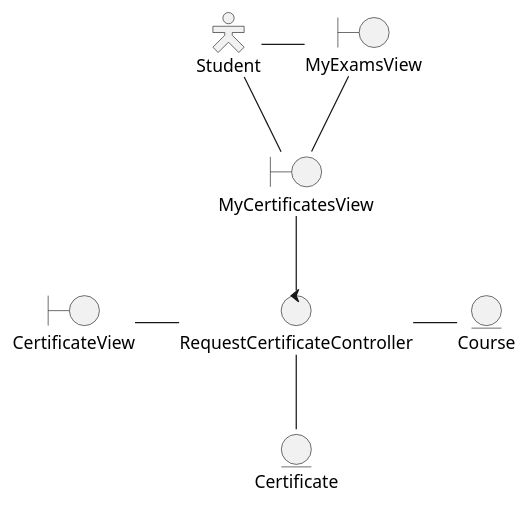
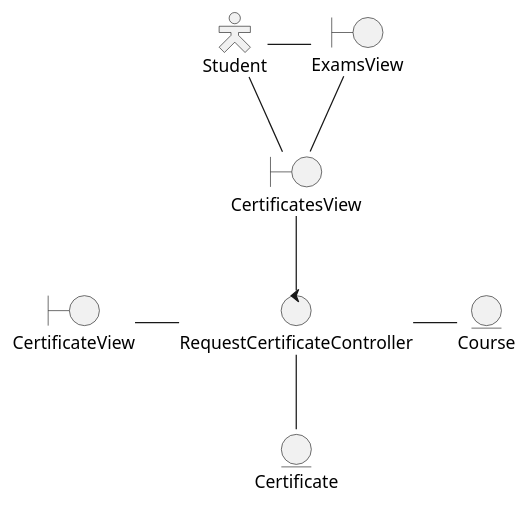
One commit to TheSProyect/Proyecto-IS-Grupo-1 changed the diagram in docs/logicalView/analysisView/UC-requestCetificate-analysisClassDiagram.plantuml. Above: the diagram before and after it, drawn with PlantUML. The commit also changed 1 other file, not shown here.

```diff
--- a/docs/logicalView/analysisView/UC-requestCetificate-analysisClassDiagram.plantuml
+++ b/docs/logicalView/analysisView/UC-requestCetificate-analysisClassDiagram.plantuml
@@ -1,22 +1,22 @@
 @startuml UC requestCertificate analysisClassDiagram
 skinparam actorstyle hollow 
 
 actor "Student" as user 
-boundary "MyExamsView" as start
-boundary "MyCertificatesView" as myCertificates
+boundary "ExamsView" as start
+boundary "CertificatesView" as myCertificates
 boundary "CertificateView" as certificateView
 entity "Course"  as course
 control "RequestCertificateController" as requestCertificateController
 entity "Certificate" as certificate
 
 
 user - start
 user - myCertificates
 start -- myCertificates
 myCertificates -down- requestCertificateController
 requestCertificateController -left- certificateView
 requestCertificateController - course
 requestCertificateController -down- certificate
 'certificateView - certificate
 
 @enduml
```
